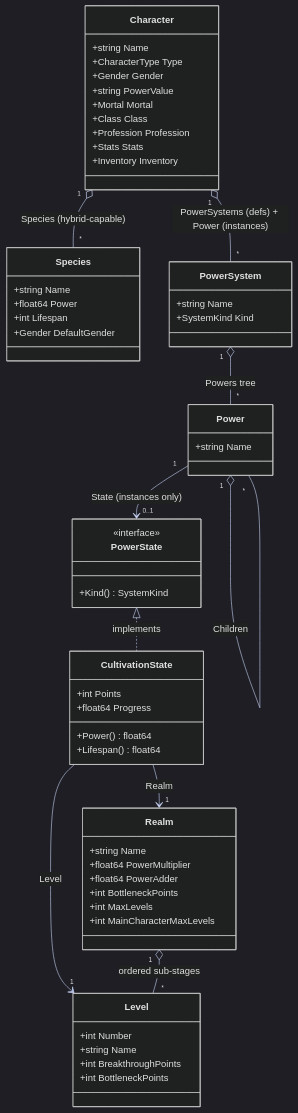
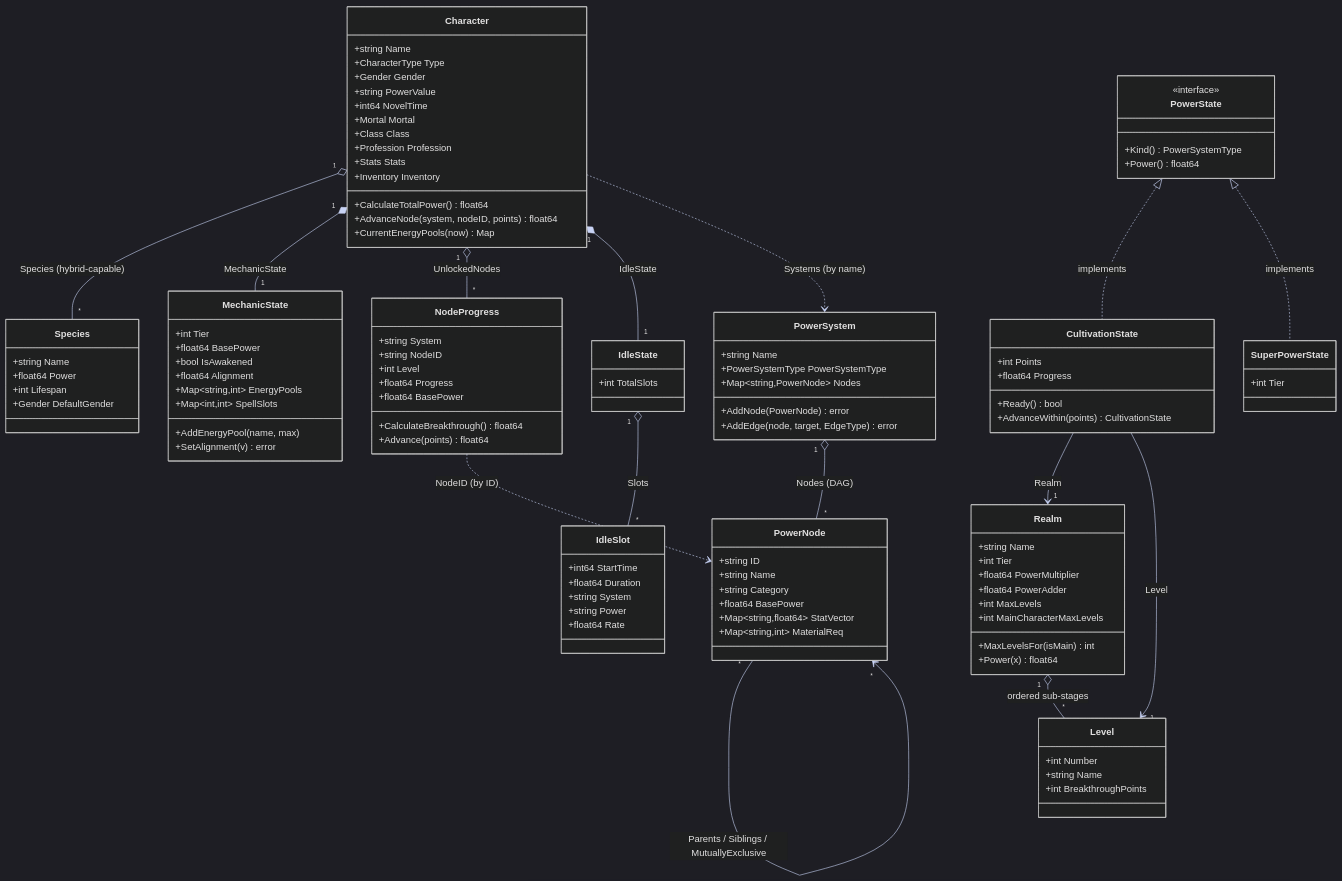
One commit to backendsouls/tge changed the diagram in ai/docs/diagrams/domain-model.md. Above: the diagram before and after it, drawn with Mermaid. The commit also changed other lines of this file and 20 other files, not shown here.

````diff
--- a/ai/docs/diagrams/domain-model.md
+++ b/ai/docs/diagrams/domain-model.md
@@ -11,11 +11,15 @@
         +CharacterType Type
         +Gender Gender
         +string PowerValue
+        +int64 NovelTime
         +Mortal Mortal
         +Class Class
         +Profession Profession
         +Stats Stats
         +Inventory Inventory
+        +CalculateTotalPower() float64
+        +AdvanceNode(system, nodeID, points) float64
+        +CurrentEnergyPools(now) Map
     }
     class Species {
         +string Name
@@ -23,45 +27,92 @@
         +int Lifespan
         +Gender DefaultGender
     }
+    class MechanicState {
+        +int Tier
+        +float64 BasePower
+        +bool IsAwakened
+        +float64 Alignment
+        +Map~string,int~ EnergyPools
+        +Map~int,int~ SpellSlots
+        +AddEnergyPool(name, max)
+        +SetAlignment(v) error
+    }
+    class NodeProgress {
+        +string System
+        +string NodeID
+        +int Level
+        +float64 Progress
+        +float64 BasePower
+        +CalculateBreakthrough() float64
+        +Advance(points) float64
+    }
+    class IdleState {
+        +int TotalSlots
+    }
+    class IdleSlot {
+        +int64 StartTime
+        +float64 Duration
+        +string System
+        +string Power
+        +float64 Rate
+    }
     class PowerSystem {
         +string Name
-        +SystemKind Kind
+        +PowerSystemType PowerSystemType
+        +Map~string,PowerNode~ Nodes
+        +AddNode(PowerNode) error
+        +AddEdge(node, target, EdgeType) error
     }
-    class Power {
+    class PowerNode {
+        +string ID
         +string Name
-    }
-    class PowerState {
-        <<interface>>
-        +Kind() SystemKind
-    }
-    class CultivationState {
-        +int Points
-        +float64 Progress
-        +Power() float64
-        +Lifespan() float64
+        +string Category
+        +float64 BasePower
+        +Map~string,float64~ StatVector
+        +Map~string,int~ MaterialReq
     }
     class Realm {
         +string Name
+        +int Tier
         +float64 PowerMultiplier
         +float64 PowerAdder
-        +int BottleneckPoints
         +int MaxLevels
         +int MainCharacterMaxLevels
+        +MaxLevelsFor(isMain) int
+        +Power(x) float64
     }
     class Level {
         +int Number
         +string Name
         +int BreakthroughPoints
-        +int BottleneckPoints
+    }
+    class PowerState {
+        <<interface>>
+        +Kind() PowerSystemType
+        +Power() float64
+    }
+    class CultivationState {
+        +int Points
+        +float64 Progress
+        +Ready() bool
+        +AdvanceWithin(points) CultivationState
+    }
+    class SuperPowerState {
+        +int Tier
     }
 
     Character "1" o-- "*" Species : Species (hybrid-capable)
-    Character "1" o-- "*" PowerSystem : PowerSystems (defs) + Power (instances)
-    PowerSystem "1" o-- "*" Power : Powers tree
-    Power "1" o-- "*" Power : Children
-    Power "1" --> "0..1" PowerState : State (instances only)
+    Character "1" *-- "1" MechanicState : MechanicState
+    Character "1" o-- "*" NodeProgress : UnlockedNodes
+    Character "1" *-- "1" IdleState : IdleState
+    IdleState "1" o-- "*" IdleSlot : Slots
+    Character ..> PowerSystem : Systems (by name)
+    NodeProgress ..> PowerNode : NodeID (by ID)
+    PowerSystem "1" o-- "*" PowerNode : Nodes (DAG)
+    PowerNode "*" --> "*" PowerNode : Parents / Siblings / MutuallyExclusive
+    Realm "1" o-- "*" Level : ordered sub-stages
     PowerState <|.. CultivationState : implements
+    PowerState <|.. SuperPowerState : implements
     CultivationState --> "1" Realm : Realm
     CultivationState --> "1" Level : Level
-    Realm "1" o-- "*" Level : ordered sub-stages
 ```
````
